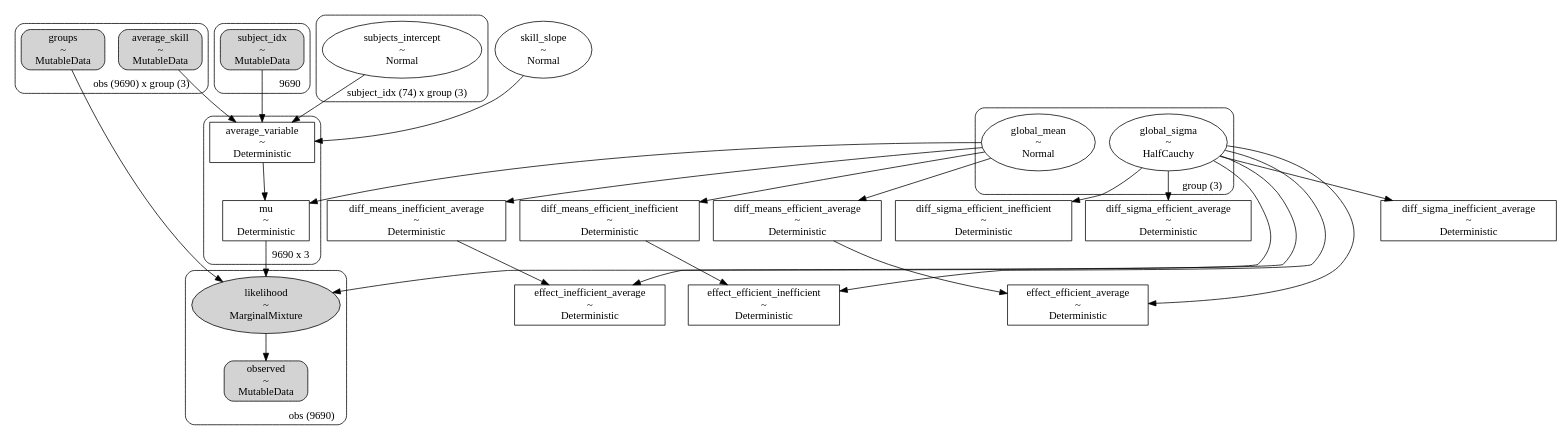
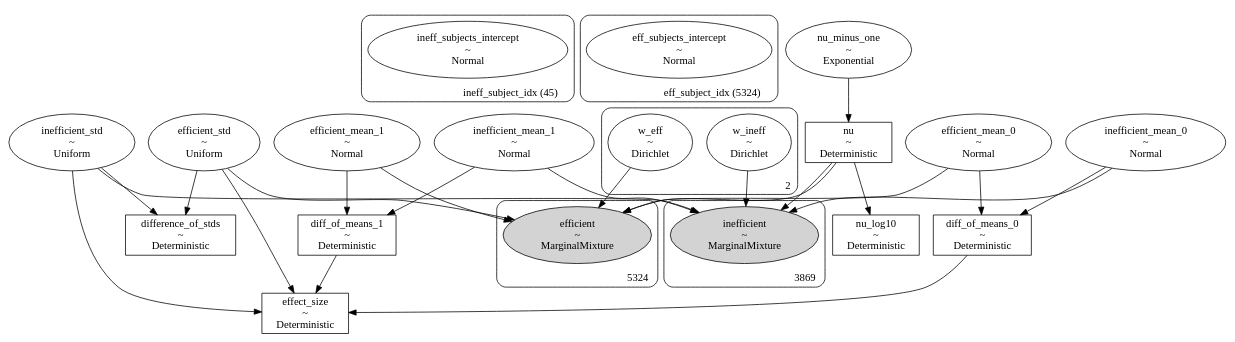
The diagram in BayesianAnalysis/.gv (gitarja/TableTennisBayesianAnalysis), drawn with Graphviz before and after one commit. The commit also changed 42 other files, not shown here.

```diff
--- a/BayesianAnalysis/.gv
+++ b/BayesianAnalysis/.gv
@@ -1,102 +1,96 @@
 digraph {
-	subgraph "clusterobs (9690) x group (3)" {
-		average_skill [label="average_skill
+	subgraph "clusterineff_subject_idx (45)" {
+		ineff_subjects_intercept [label="ineff_subjects_intercept
 ~
-MutableData" shape=box style="rounded, filled"]
-		groups [label="groups
+Normal" shape=ellipse]
+		label="ineff_subject_idx (45)" labeljust=r labelloc=b style=rounded
+	}
+	subgraph "clustereff_subject_idx (5324)" {
+		eff_subjects_intercept [label="eff_subjects_intercept
 ~
-MutableData" shape=box style="rounded, filled"]
-		label="obs (9690) x group (3)" labeljust=r labelloc=b style=rounded
+Normal" shape=ellipse]
+		label="eff_subject_idx (5324)" labeljust=r labelloc=b style=rounded
 	}
-	subgraph "clusterobs (9690)" {
-		observed [label="observed
+	efficient_mean_1 [label="efficient_mean_1
 ~
-MutableData" shape=box style="rounded, filled"]
-		likelihood [label="likelihood
+Normal" shape=ellipse]
+	nu_minus_one [label="nu_minus_one
+~
+Exponential" shape=ellipse]
+	inefficient_mean_1 [label="inefficient_mean_1
+~
+Normal" shape=ellipse]
+	inefficient_std [label="inefficient_std
+~
+Uniform" shape=ellipse]
+	diff_of_means_0 [label="diff_of_means_0
+~
+Deterministic" shape=box]
+	diff_of_means_1 [label="diff_of_means_1
+~
+Deterministic" shape=box]
+	efficient_mean_0 [label="efficient_mean_0
+~
+Normal" shape=ellipse]
+	efficient_std [label="efficient_std
+~
+Uniform" shape=ellipse]
+	nu [label="nu
+~
+Deterministic" shape=box]
+	effect_size [label="effect_size
+~
+Deterministic" shape=box]
+	nu_log10 [label="nu_log10
+~
+Deterministic" shape=box]
+	difference_of_stds [label="difference_of_stds
+~
+Deterministic" shape=box]
+	inefficient_mean_0 [label="inefficient_mean_0
+~
+Normal" shape=ellipse]
+	subgraph cluster2 {
+		w_ineff [label="w_ineff
+~
+Dirichlet" shape=ellipse]
+		w_eff [label="w_eff
+~
+Dirichlet" shape=ellipse]
+		label=2 labeljust=r labelloc=b style=rounded
+	}
+	subgraph cluster3869 {
+		inefficient [label="inefficient
 ~
 MarginalMixture" shape=ellipse style=filled]
-		label="obs (9690)" labeljust=r labelloc=b style=rounded
+		label=3869 labeljust=r labelloc=b style=rounded
 	}
-	subgraph cluster9690 {
-		subject_idx [label="subject_idx
+	subgraph cluster5324 {
+		efficient [label="efficient
 ~
-MutableData" shape=box style="rounded, filled"]
-		label=9690 labeljust=r labelloc=b style=rounded
+MarginalMixture" shape=ellipse style=filled]
+		label=5324 labeljust=r labelloc=b style=rounded
 	}
-	subgraph "clustergroup (3)" {
-		global_mean [label="global_mean
-~
-Normal" shape=ellipse]
-		global_sigma [label="global_sigma
-~
-HalfCauchy" shape=ellipse]
-		label="group (3)" labeljust=r labelloc=b style=rounded
-	}
-	subgraph "clustersubject_idx (74) x group (3)" {
-		subjects_intercept [label="subjects_intercept
-~
-Normal" shape=ellipse]
-		label="subject_idx (74) x group (3)" labeljust=r labelloc=b style=rounded
-	}
-	diff_means_efficient_average [label="diff_means_efficient_average
-~
-Deterministic" shape=box]
-	diff_sigma_inefficient_average [label="diff_sigma_inefficient_average
-~
-Deterministic" shape=box]
-	diff_sigma_efficient_inefficient [label="diff_sigma_efficient_inefficient
-~
-Deterministic" shape=box]
-	effect_efficient_inefficient [label="effect_efficient_inefficient
-~
-Deterministic" shape=box]
-	diff_means_inefficient_average [label="diff_means_inefficient_average
-~
-Deterministic" shape=box]
-	effect_efficient_average [label="effect_efficient_average
-~
-Deterministic" shape=box]
-	diff_sigma_efficient_average [label="diff_sigma_efficient_average
-~
-Deterministic" shape=box]
-	diff_means_efficient_inefficient [label="diff_means_efficient_inefficient
-~
-Deterministic" shape=box]
-	skill_slope [label="skill_slope
-~
-Normal" shape=ellipse]
-	effect_inefficient_average [label="effect_inefficient_average
-~
-Deterministic" shape=box]
-	subgraph "cluster9690 x 3" {
-		average_variable [label="average_variable
-~
-Deterministic" shape=box]
-		mu [label="mu
-~
-Deterministic" shape=box]
-		label="9690 x 3" labeljust=r labelloc=b style=rounded
-	}
-	likelihood -> observed
-	average_skill -> average_variable
-	skill_slope -> average_variable
-	subject_idx -> average_variable
-	subjects_intercept -> average_variable
-	average_variable -> mu
-	global_mean -> mu
-	mu -> likelihood
-	groups -> likelihood
-	global_sigma -> likelihood
-	global_mean -> diff_means_efficient_average
-	global_mean -> diff_means_inefficient_average
-	global_mean -> diff_means_efficient_inefficient
-	global_sigma -> diff_sigma_efficient_average
-	global_sigma -> diff_sigma_inefficient_average
-	global_sigma -> diff_sigma_efficient_inefficient
-	diff_means_efficient_average -> effect_efficient_average
-	global_sigma -> effect_efficient_average
-	diff_means_efficient_inefficient -> effect_efficient_inefficient
-	global_sigma -> effect_efficient_inefficient
-	diff_means_inefficient_average -> effect_inefficient_average
-	global_sigma -> effect_inefficient_average
+	nu_minus_one -> nu
+	nu -> nu_log10
+	nu -> inefficient
+	inefficient_mean_1 -> inefficient
+	w_ineff -> inefficient
+	inefficient_mean_0 -> inefficient
+	inefficient_std -> inefficient
+	efficient_mean_0 -> efficient
+	efficient_mean_1 -> efficient
+	efficient_std -> efficient
+	nu -> efficient
+	w_eff -> efficient
+	efficient_mean_0 -> diff_of_means_0
+	inefficient_mean_0 -> diff_of_means_0
+	inefficient_mean_1 -> diff_of_means_1
+	efficient_mean_1 -> diff_of_means_1
+	efficient_std -> difference_of_stds
+	inefficient_std -> difference_of_stds
+	inefficient_std -> effect_size
+	efficient_std -> effect_size
+	diff_of_means_0 -> effect_size
+	diff_of_means_1 -> effect_size
 }
```
